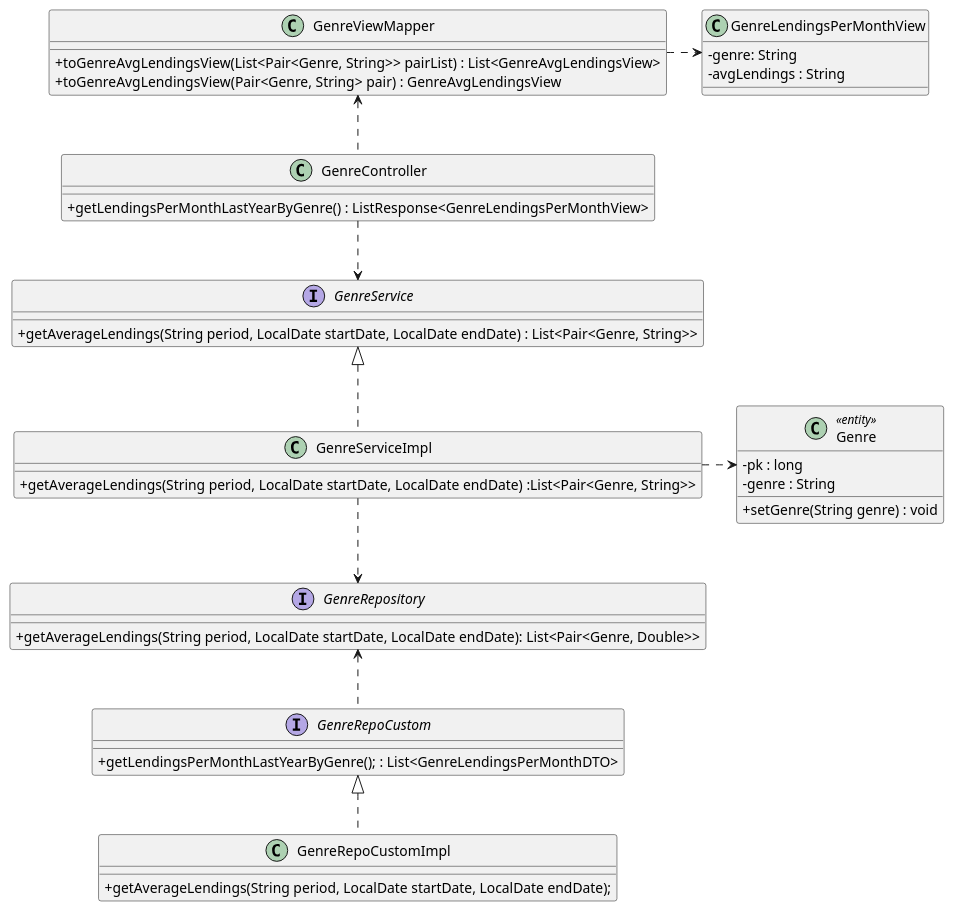
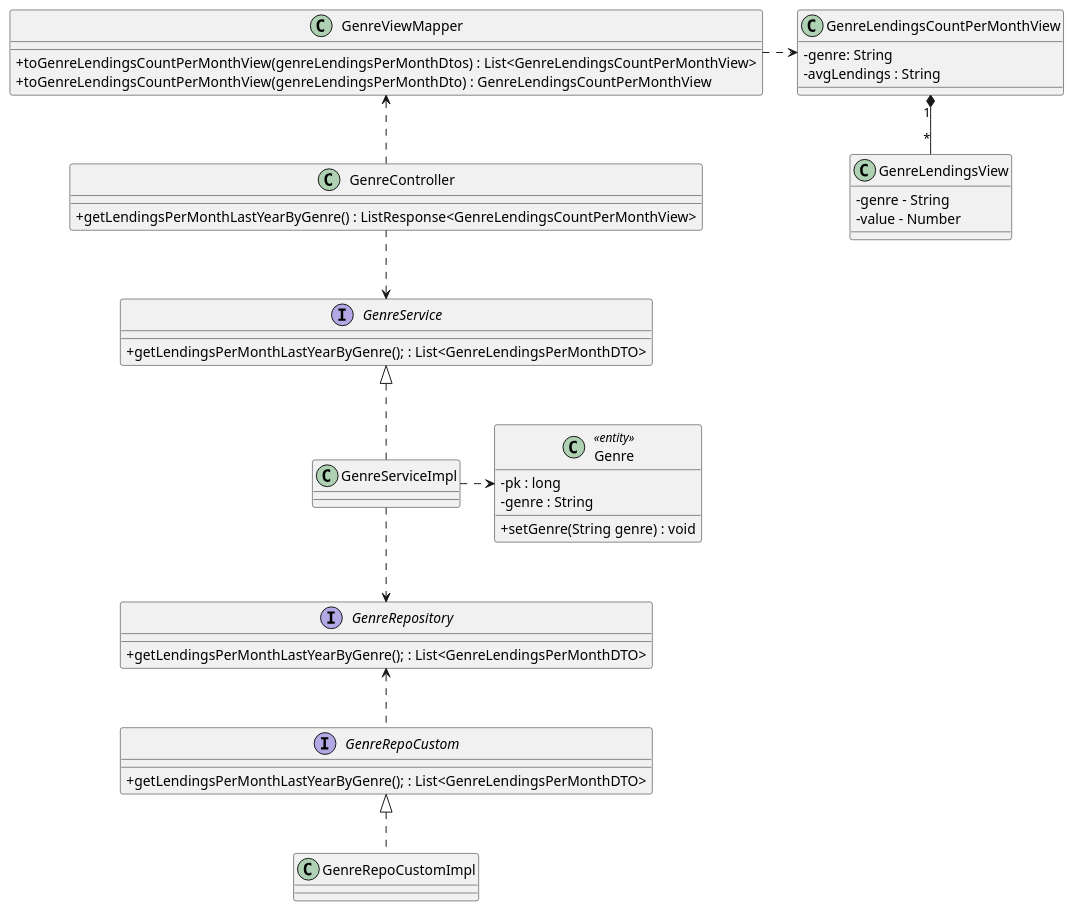
One commit to rutemf/1220944_1220772_G01 changed the diagram in Docs/Phase2/WP5-Reporting/Ph2-16-LendingsPerMonthLast12MonthsByGenre/Ph2-16-LendingsPerMonthLast12MonthsByGenre-CD.puml. Above: the diagram before and after it, drawn with PlantUML. The commit also changed 15 other files, not shown here.

```diff
--- a/Docs/Phase2/WP5-Reporting/Ph2-16-LendingsPerMonthLast12MonthsByGenre/Ph2-16-LendingsPerMonthLast12MonthsByGenre-CD.puml
+++ b/Docs/Phase2/WP5-Reporting/Ph2-16-LendingsPerMonthLast12MonthsByGenre/Ph2-16-LendingsPerMonthLast12MonthsByGenre-CD.puml
@@ -1,59 +1,64 @@
 @startuml
 
 'hide circle
 skinparam classAttributeIconSize 0
 
 class GenreController {
-    + getLendingsPerMonthLastYearByGenre() : ListResponse<GenreLendingsPerMonthView>
+    + getLendingsPerMonthLastYearByGenre() : ListResponse<GenreLendingsCountPerMonthView>
 }
 
 interface GenreRepoCustom {
     + getLendingsPerMonthLastYearByGenre(); : List<GenreLendingsPerMonthDTO>
 }
 
 class GenreRepoCustomImpl implements GenreRepoCustom {
-    + getAverageLendings(String period, LocalDate startDate, LocalDate endDate);
 }
 
 interface GenreRepository {
-    + getAverageLendings(String period, LocalDate startDate, LocalDate endDate): List<Pair<Genre, Double>>
+    + getLendingsPerMonthLastYearByGenre(); : List<GenreLendingsPerMonthDTO>
 }
 
 
 
 interface GenreService {
-    + getAverageLendings(String period, LocalDate startDate, LocalDate endDate) : List<Pair<Genre, String>>
+    + getLendingsPerMonthLastYearByGenre(); : List<GenreLendingsPerMonthDTO>
 }
 
 class GenreServiceImpl implements GenreService{
-    + getAverageLendings(String period, LocalDate startDate, LocalDate endDate) :List<Pair<Genre, String>>
 
 }
 
 class Genre <<entity>>{
     - pk : long
     - genre : String
     + setGenre(String genre) : void
 }
 
 class GenreViewMapper{
-    + toGenreAvgLendingsView(List<Pair<Genre, String>> pairList) : List<GenreAvgLendingsView>
-    + toGenreAvgLendingsView(Pair<Genre, String> pair) : GenreAvgLendingsView
+    + toGenreLendingsCountPerMonthView(genreLendingsPerMonthDtos) : List<GenreLendingsCountPerMonthView>
+    + toGenreLendingsCountPerMonthView(genreLendingsPerMonthDto) : GenreLendingsCountPerMonthView
 }
 
-class GenreLendingsPerMonthView{
+class GenreLendingsCountPerMonthView{
     - genre: String
     - avgLendings : String
 }
+
+class GenreLendingsView{
+    - genre - String
+    - value - Number
+}
+
+GenreLendingsCountPerMonthView "1" *-- "*" GenreLendingsView
 
 GenreServiceImpl .right.> Genre
 
 GenreController ..> GenreService
 GenreServiceImpl .down.> GenreRepository
 
 GenreController .up.> GenreViewMapper
-GenreViewMapper .right.> GenreLendingsPerMonthView
+GenreViewMapper .right.> GenreLendingsCountPerMonthView
 
 GenreRepoCustom .up.> GenreRepository
 
 @enduml
```
